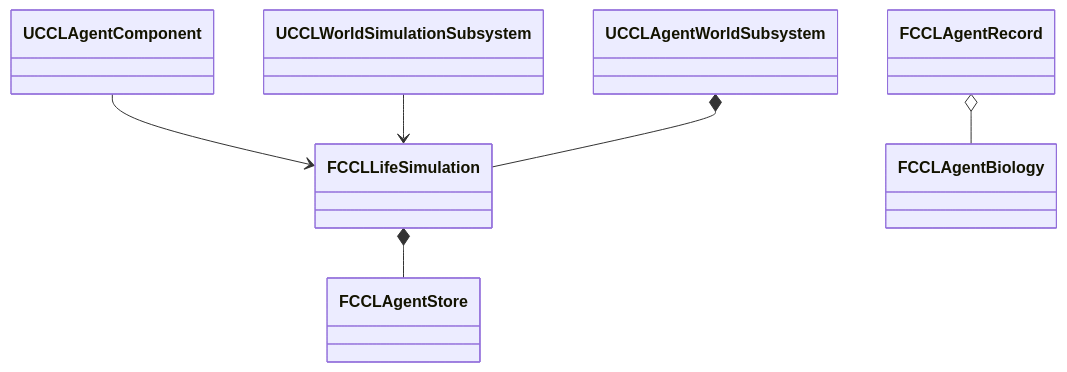
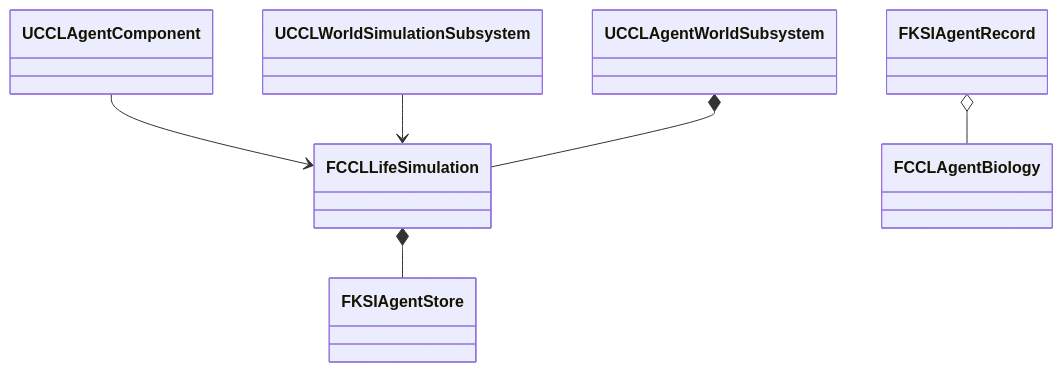
The third of 13 diagrams in Docs/EnvironmentEcology.md (kang-sihwon/ccl8), drawn with Mermaid before and after one commit. The commit also changed other lines of this file and 6 other files, not shown here.

````diff
--- a/Docs/EnvironmentEcology.md
+++ b/Docs/EnvironmentEcology.md
@@ -211,8 +209,8 @@
 ```mermaid
 classDiagram
-    FCCLLifeSimulation *-- FCCLAgentStore
-    FCCLAgentRecord o-- FCCLAgentBiology
+    FCCLLifeSimulation *-- FKSIAgentStore
+    FKSIAgentRecord o-- FCCLAgentBiology
     UCCLAgentComponent --> FCCLLifeSimulation
     UCCLWorldSimulationSubsystem --> FCCLLifeSimulation
     UCCLAgentWorldSubsystem *-- FCCLLifeSimulation
 ```
````
